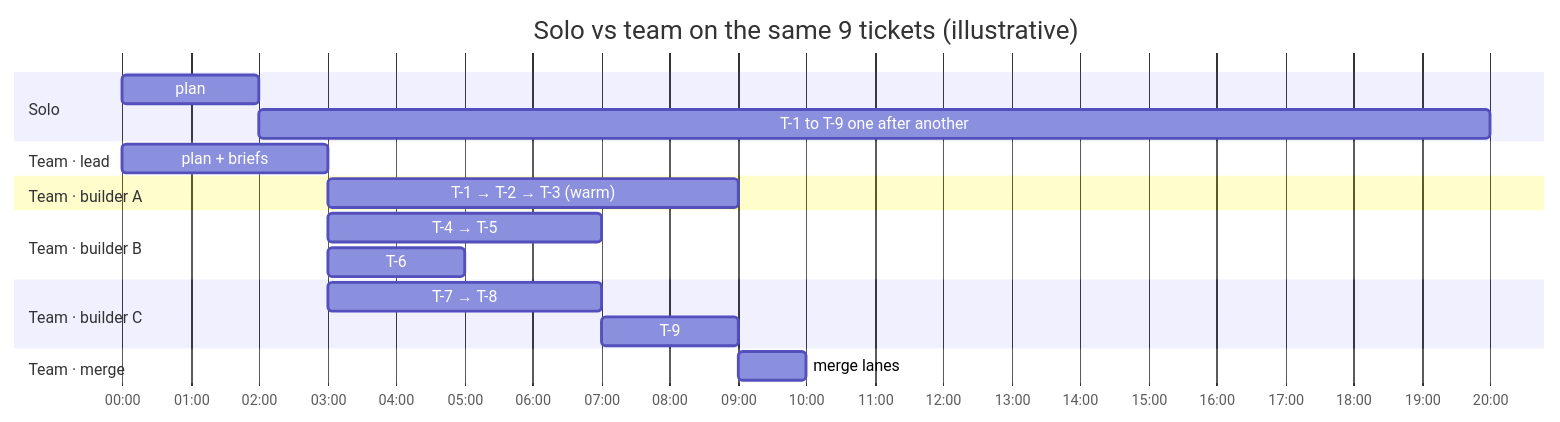
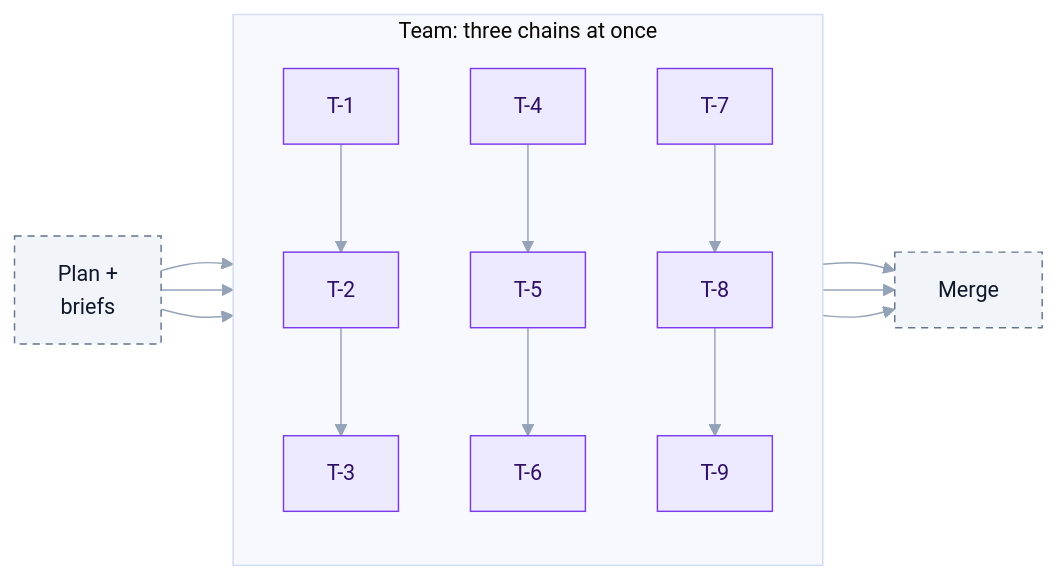
One commit to esharif20/herdr-software-factory changed the fifth of 6 diagrams in docs/06-builders-workers-parallelism.md. Above: the diagram before and after it, drawn with Mermaid. The commit also changed other lines of this file, not shown here.

First line of the commit message:
Post 6 rewrite: AI vs code, what the checks check, clearer diagrams

````diff
--- a/docs/06-builders-workers-parallelism.md
+++ b/docs/06-builders-workers-parallelism.md
@@ -81,22 +134,14 @@
 ```mermaid
-gantt
-    title Solo vs team on the same 9 tickets (illustrative)
-    dateFormat mm:ss
-    axisFormat %M:%S
-    todayMarker off
-    section Solo
-    plan           :s0, 00:00, 120s
-    T-1 to T-9 one after another :s1, after s0, 1080s
-    section Team · lead
-    plan + briefs  :t0, 00:00, 180s
-    section Team · builder A
-    T-1 → T-2 → T-3 (warm) :a1, after t0, 360s
-    section Team · builder B
-    T-4 → T-5      :b1, after t0, 240s
-    T-6            :b2, after t0, 120s
-    section Team · builder C
-    T-7 → T-8      :c1, after t0, 240s
-    T-9            :c2, after c1, 120s
-    section Team · merge
-    merge lanes    :m1, after a1, 60s
+%%{init: {'theme':'base','themeVariables':{'fontFamily':'-apple-system, Segoe UI, Helvetica, sans-serif','fontSize':'15px','lineColor':'#94A3B8'}}}%%
+flowchart LR
+    P[Plan +<br/>briefs]:::code --> a1 & b1 & c1
+    subgraph Team[Team: three chains at once]
+        direction TB
+        a1[T-1]:::ai --> a2[T-2]:::ai --> a3[T-3]:::ai
+        b1[T-4]:::ai --> b2[T-5]:::ai --> b3[T-6]:::ai
+        c1[T-7]:::ai --> c2[T-8]:::ai --> c3[T-9]:::ai
+    end
+    a3 & b3 & c3 --> M[Merge]:::code
+    classDef ai fill:#EDE9FE,stroke:#7C3AED,color:#2E1065
+    classDef code fill:#F1F5F9,stroke:#64748B,color:#0F172A,stroke-dasharray:5 4
 ```
````
